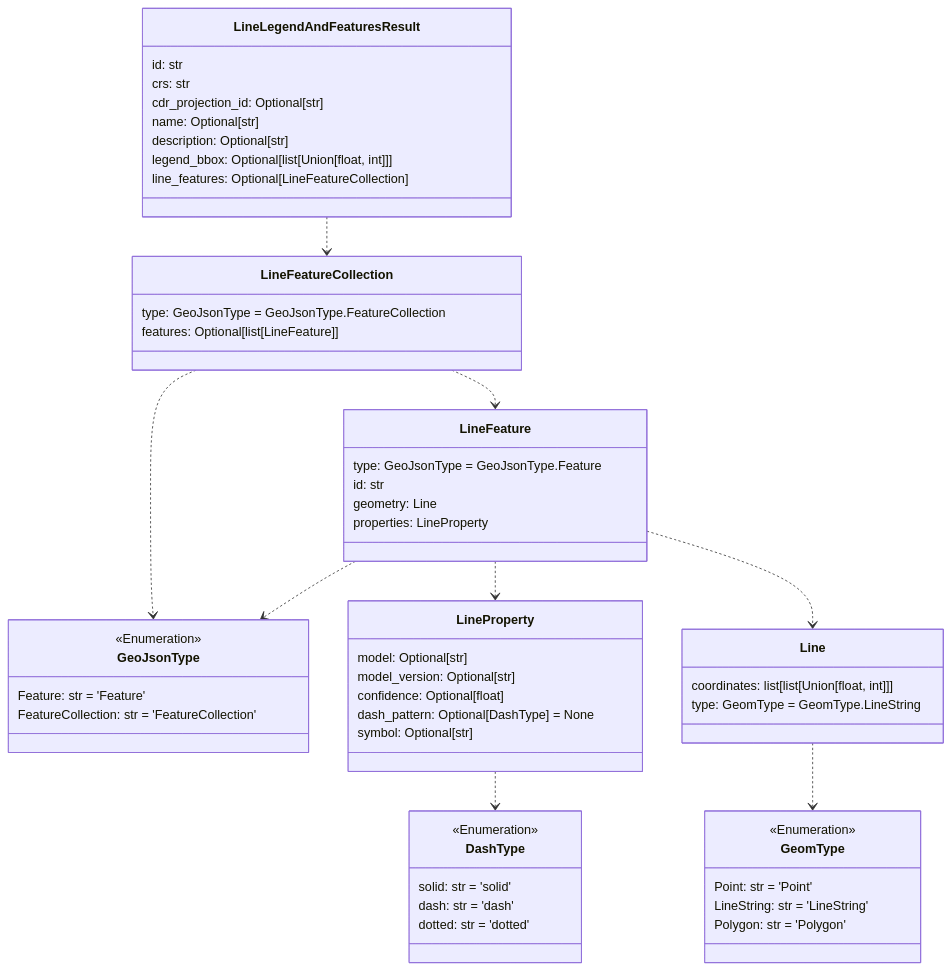
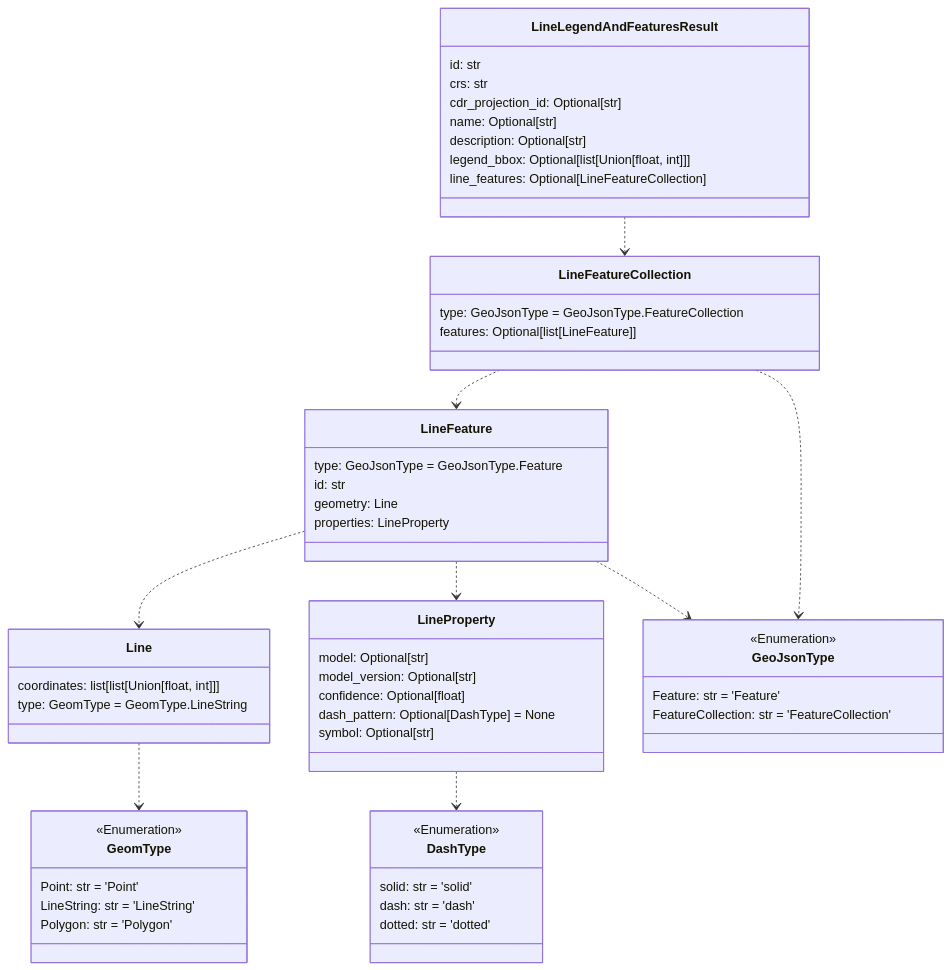
Before and after one commit to DARPA-CRITICALMAAS/cdr_schemas: the fifth of 11 diagrams in README.md, drawn with Mermaid. The commit also changed other lines of this file and 1 other file, not shown here.

````diff
--- a/README.md
+++ b/README.md
@@ -348,69 +348,69 @@
 ```mermaid
 classDiagram
 
     class GeoJsonType {
         <<Enumeration>>
         Feature: str = 'Feature'
         FeatureCollection: str = 'FeatureCollection'
     }
 
+    class DashType {
+        <<Enumeration>>
+        solid: str = 'solid'
+        dash: str = 'dash'
+        dotted: str = 'dotted'
+    }
+
     class LineFeatureCollection {
         type: GeoJsonType = GeoJsonType.FeatureCollection
         features: Optional[list[LineFeature]]
     }
 
-    class LineFeature {
-        type: GeoJsonType = GeoJsonType.Feature
-        id: str
-        geometry: Line
-        properties: LineProperty
+    class Line {
+        coordinates: list[list[Union[float, int]]]
+        type: GeomType = GeomType.LineString
     }
 
     class LineProperty {
         model: Optional[str]
         model_version: Optional[str]
         confidence: Optional[float]
         dash_pattern: Optional[DashType] = None
         symbol: Optional[str]
     }
 
     class LineLegendAndFeaturesResult {
         id: str
         crs: str
         cdr_projection_id: Optional[str]
         name: Optional[str]
         description: Optional[str]
         legend_bbox: Optional[list[Union[float, int]]]
         line_features: Optional[LineFeatureCollection]
     }
 
-    class Line {
-        coordinates: list[list[Union[float, int]]]
-        type: GeomType = GeomType.LineString
-    }
-
     class GeomType {
         <<Enumeration>>
         Point: str = 'Point'
         LineString: str = 'LineString'
         Polygon: str = 'Polygon'
     }
 
-    class DashType {
-        <<Enumeration>>
-        solid: str = 'solid'
-        dash: str = 'dash'
-        dotted: str = 'dotted'
+    class LineFeature {
+        type: GeoJsonType = GeoJsonType.Feature
+        id: str
+        geometry: Line
+        properties: LineProperty
     }
 
     Line ..> GeomType
     LineProperty ..> DashType
+    LineFeature ..> Line
+    LineFeature ..> LineProperty
     LineFeature ..> GeoJsonType
-    LineFeature ..> LineProperty
-    LineFeature ..> Line
+    LineFeatureCollection ..> LineFeature
     LineFeatureCollection ..> GeoJsonType
-    LineFeatureCollection ..> LineFeature
     LineLegendAndFeaturesResult ..> LineFeatureCollection
 
 
 ```
````
